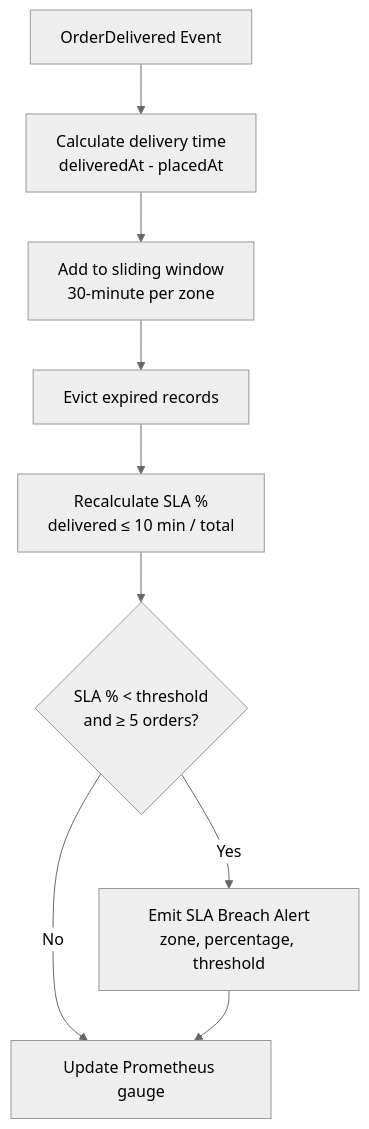
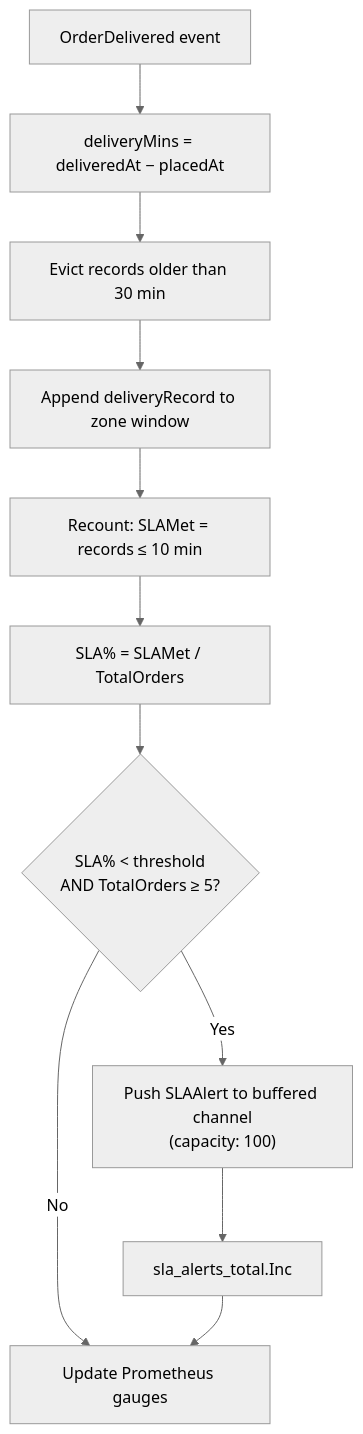
One commit to sunitakeazycommerz-a11y/InstaCommerce changed the fourth of 4 diagrams in services/stream-processor-service/README.md. Above: the diagram before and after it, drawn with Mermaid (neutral theme). The commit also changed other lines of this file and 554 other files, not shown here.

````diff
--- a/services/stream-processor-service/README.md
+++ b/services/stream-processor-service/README.md
@@ -79,11 +384,13 @@
 ```mermaid
 flowchart TD
-    A[OrderDelivered Event] --> B[Calculate delivery time<br/>deliveredAt - placedAt]
-    B --> C[Add to sliding window<br/>30-minute per zone]
-    C --> D[Evict expired records]
-    D --> E[Recalculate SLA %<br/>delivered ≤ 10 min / total]
-    E --> F{SLA % < threshold<br/>and ≥ 5 orders?}
-    F -->|Yes| G[Emit SLA Breach Alert<br/>zone, percentage, threshold]
-    F -->|No| H[Update Prometheus gauge]
-    G --> H
+    A["OrderDelivered event"] --> B["deliveryMins = deliveredAt − placedAt"]
+    B --> C["Evict records older than 30 min"]
+    C --> D["Append deliveryRecord to zone window"]
+    D --> E["Recount: SLAMet = records ≤ 10 min"]
+    E --> F["SLA% = SLAMet / TotalOrders"]
+    F --> G{"SLA% < threshold\nAND TotalOrders ≥ 5?"}
+    G -->|Yes| H["Push SLAAlert to buffered channel\n(capacity: 100)"]
+    G -->|No| I["Update Prometheus gauges"]
+    H --> J["sla_alerts_total.Inc"]
+    J --> I
 ```
````
